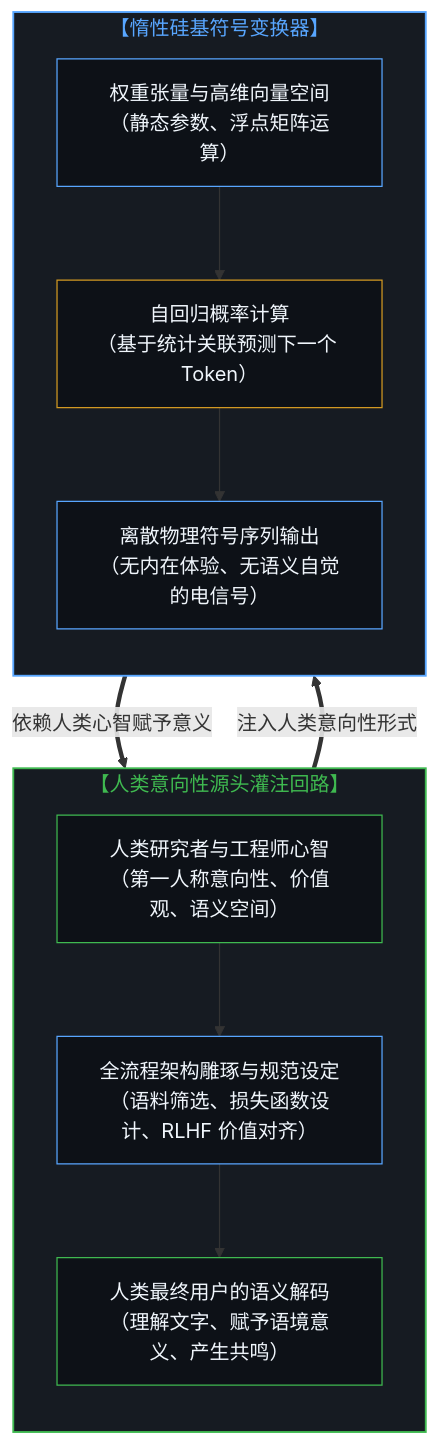
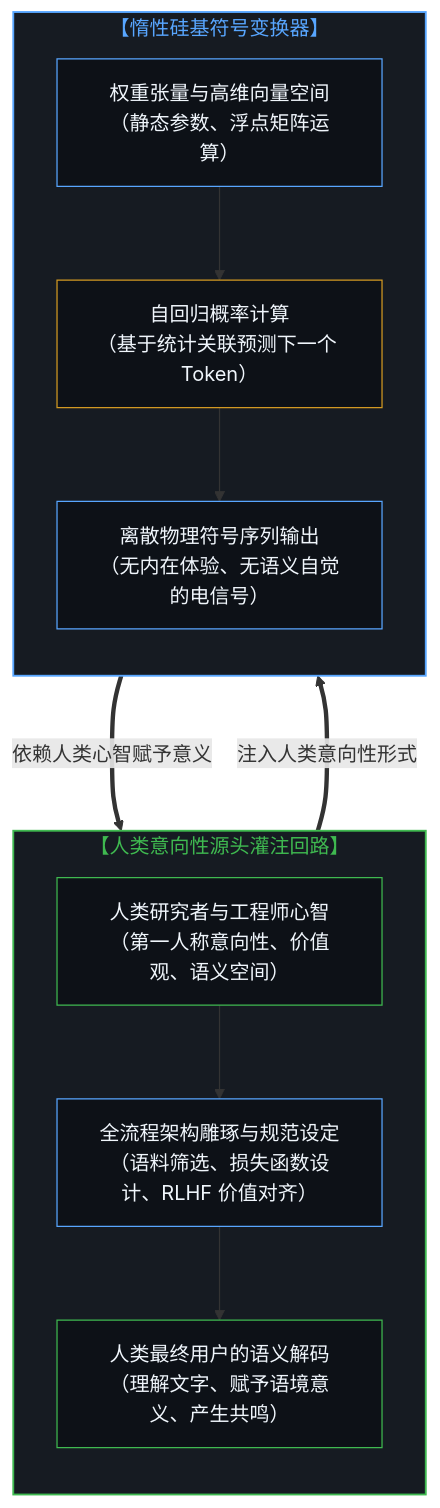
Before and after one commit to powerpig99/not-a-toe: the fifth of 10 diagrams in content/posts/subtracting-consciousness-at-the-source.md, drawn with Mermaid. The commit also changed other lines of this file and 10 other files, not shown here.

````diff
--- a/content/posts/subtracting-consciousness-at-the-source.md
+++ b/content/posts/subtracting-consciousness-at-the-source.md
@@ -143,26 +143,26 @@
 ```mermaid
 graph TD
     subgraph S_HumanCircuit["【人类意向性源头灌注回路】"]
         direction TB
         H1["人类研究者与工程师心智<br/>（第一人称意向性、价值观、语义空间）"] --> H2["全流程架构雕琢与规范设定<br/>（语料筛选、损失函数设计、RLHF 价值对齐）"]
         H2 --> H3["人类最终用户的语义解码<br/>（理解文字、赋予语境意义、产生共鸣）"]
     end
 
     subgraph S_InertSilicon["【惰性硅基符号变换器】"]
         direction TB
         M1["权重张量与高维向量空间<br/>（静态参数、浮点矩阵运算）"] --> M2["自回归概率计算<br/>（基于统计关联预测下一个 Token）"]
         M2 --> M3["离散物理符号序列输出<br/>（无内在体验、无语义自觉的电信号）"]
     end
 
-    H2 ==>|"注入人类意向性形式"| M1
-    M3 ==>|"依赖人类心智赋予意义"| H3
+    H2 ===>|"注入人类意向性形式"| M1
+    M3 ===>|"依赖人类心智赋予意义"| H3
 
     style S_HumanCircuit fill:#161b22,stroke:#3fb950,stroke-width:1.5px,color:#3fb950
     style S_InertSilicon fill:#161b22,stroke:#58a6ff,stroke-width:1.5px,color:#58a6ff
     style H1 fill:#0d1117,stroke:#3fb950,stroke-width:1px,color:#f0f6fc
     style H2 fill:#0d1117,stroke:#58a6ff,stroke-width:1px,color:#f0f6fc
     style H3 fill:#0d1117,stroke:#3fb950,stroke-width:1px,color:#f0f6fc
     style M1 fill:#0d1117,stroke:#58a6ff,stroke-width:1px,color:#f0f6fc
     style M2 fill:#0d1117,stroke:#d29922,stroke-width:1px,color:#f0f6fc
     style M3 fill:#0d1117,stroke:#58a6ff,stroke-width:1px,color:#f0f6fc
 ```
````
